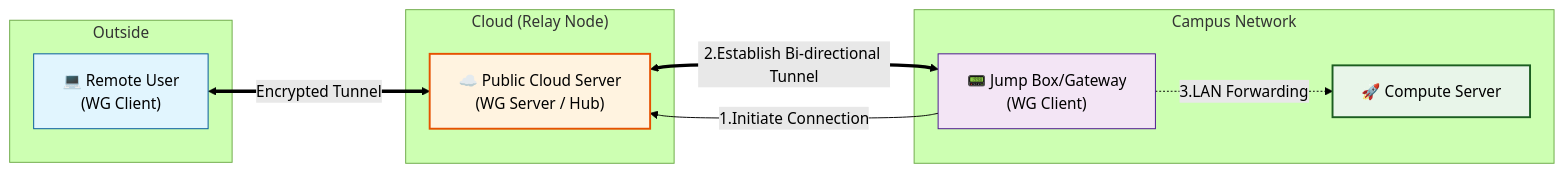
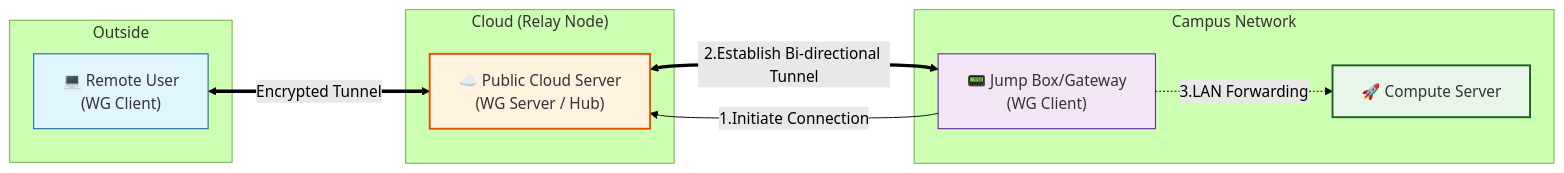
Before and after one commit to morethan987/hugo_main: the diagram in content/blog/trials-and-growth/index.en.md, drawn with Mermaid (forest theme). The commit also changed other lines of this file and 2 other files, not shown here.

```diff
--- a/content/blog/trials-and-growth/index.en.md
+++ b/content/blog/trials-and-growth/index.en.md
@@ -273,25 +273,25 @@
 {{< mermaid >}}
 graph LR
 subgraph "Outside"
 User["💻 Remote User<br/>(WG Client)"]
 end
 
 subgraph "Cloud (Relay Node)"
 Cloud["☁️ Public Cloud Server<br/>(WG Server / Hub)"]
 end
 
 subgraph "Campus Network"
 Jump["📟 Jump Box/Gateway<br/>(WG Client)"]
 Target["🚀 Compute Server"]
 end
 
 User <== "Encrypted Tunnel" ==> Cloud
 Jump -- "1.Initiate Connection" --> Cloud
 Cloud <== "2.Establish Bi-directional Tunnel" ==> Jump
 Jump -. "3.LAN Forwarding" .-> Target
 
-style User fill:#e1f5fe,stroke:#01579b
-style Cloud fill:#fff3e0,stroke:#e65100,stroke-width:2px
-style Jump fill:#f3e5f5,stroke:#4a148c
-style Target fill:#e8f5e9,stroke:#1b5e20,stroke-width:2px
+style User fill:#e1f5fe,stroke:#01579b,color:#333
+style Cloud fill:#fff3e0,stroke:#e65100,stroke-width:2px,color:#333
+style Jump fill:#f3e5f5,stroke:#4a148c,color:#333
+style Target fill:#e8f5e9,stroke:#1b5e20,stroke-width:2px,color:#333
 {{< /mermaid >}}
```
